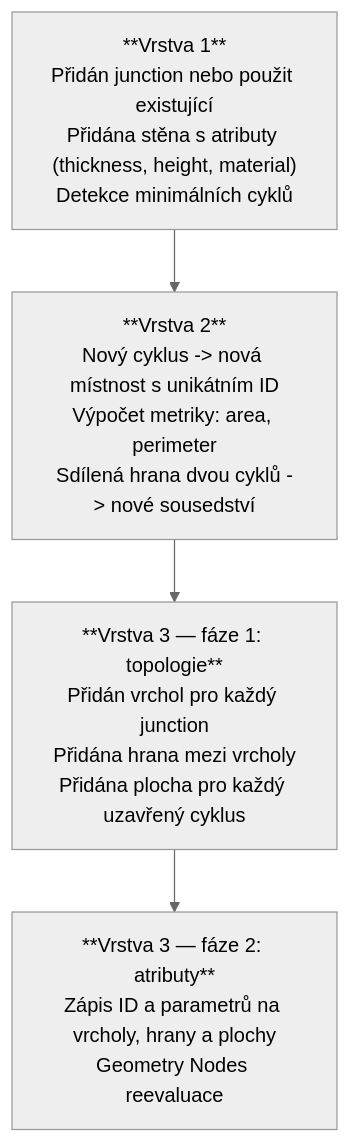
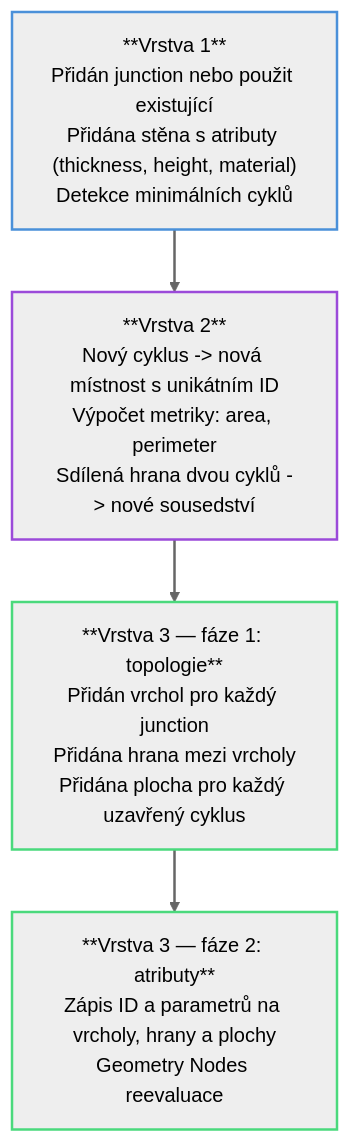
Before and after one commit to TheGingeros/floorplanmaster: the first of 3 diagrams in docs/sections/03_Design/01_architecture_data_flow.md, drawn with Mermaid (neutral theme). The commit also changed other lines of this file and 2 other files, not shown here.

First line of the commit message:
diagram color theme change

````diff
--- a/docs/sections/03_Design/01_architecture_data_flow.md
+++ b/docs/sections/03_Design/01_architecture_data_flow.md
@@ -6,9 +6,14 @@
 ```mermaid
 flowchart TD
-    V1["**Vrstva 1**<br/>Přidán junction nebo použit existující<br/>Přidána stěna s atributy (thickness, height, material)<br/>Detekce minimálních cyklů"]
-    V2["**Vrstva 2**<br/>Nový cyklus -> nová místnost s unikátním ID<br/>Výpočet metriky: area, perimeter<br/>Sdílená hrana dvou cyklů -> nové sousedství"]
-    V3F1["**Vrstva 3 — fáze 1: topologie**<br/>Přidán vrchol pro každý junction<br/>Přidána hrana mezi vrcholy<br/>Přidána plocha pro každý uzavřený cyklus"]
-    V3F2["**Vrstva 3 — fáze 2: atributy**<br/>Zápis ID a parametrů na vrcholy, hrany a plochy<br/>Geometry Nodes reevaluace"]
+    V1["**Vrstva 1**<br/>Přidán junction nebo použit existující<br/>Přidána stěna s atributy (thickness, height, material)<br/>Detekce minimálních cyklů"]:::v1
+    V2["**Vrstva 2**<br/>Nový cyklus -> nová místnost s unikátním ID<br/>Výpočet metriky: area, perimeter<br/>Sdílená hrana dvou cyklů -> nové sousedství"]:::v2
+    V3F1["**Vrstva 3 — fáze 1: topologie**<br/>Přidán vrchol pro každý junction<br/>Přidána hrana mezi vrcholy<br/>Přidána plocha pro každý uzavřený cyklus"]:::v3
+    V3F2["**Vrstva 3 — fáze 2: atributy**<br/>Zápis ID a parametrů na vrcholy, hrany a plochy<br/>Geometry Nodes reevaluace"]:::v3
 
     V1 --> V2 --> V3F1 --> V3F2
+
+    classDef v1 stroke:#4a90d9,stroke-width:2px
+    classDef v2 stroke:#9b4ad9,stroke-width:2px
+    classDef v3 stroke:#4ad97c,stroke-width:2px
+    linkStyle default stroke-width:2px
 ```
````
